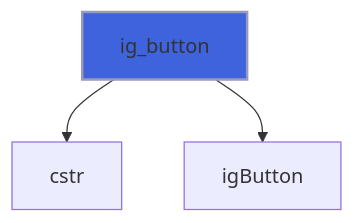
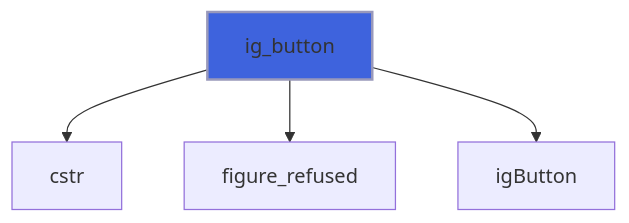
One commit to szaghi/figure changed diagram 23 of 39 in docs/api/src/lib/figure_imgui.md. Above: the diagram before and after it, drawn with Mermaid. The commit also changed other lines of this file and 10 other files, not shown here.

````diff
--- a/docs/api/src/lib/figure_imgui.md
+++ b/docs/api/src/lib/figure_imgui.md
@@ -669,6 +718,7 @@
 ```mermaid
 flowchart TD
   ig_button["ig_button"] --> cstr["cstr"]
+  ig_button["ig_button"] --> figure_refused["figure_refused"]
   ig_button["ig_button"] --> igButton["igButton"]
   style ig_button fill:#3e63dd,stroke:#99b,stroke-width:2px
 ```
````
